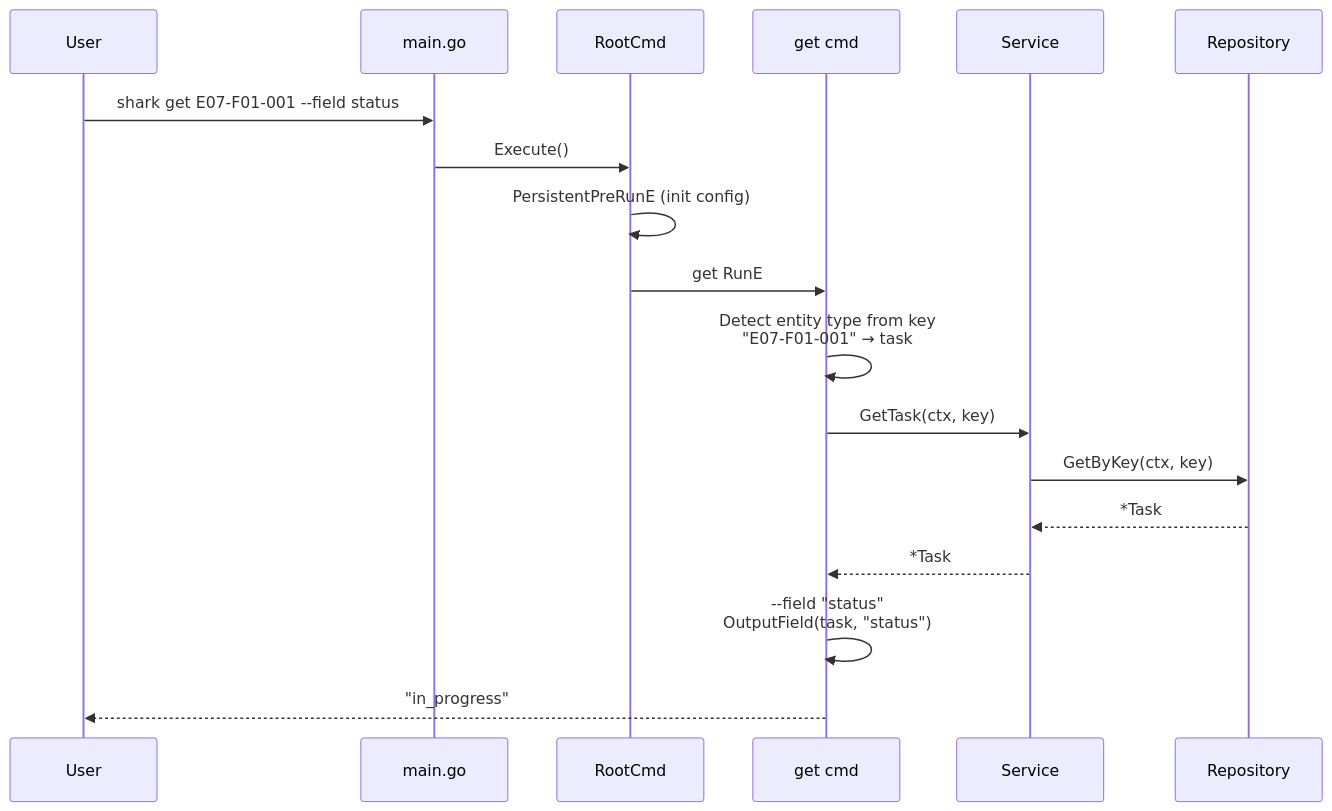
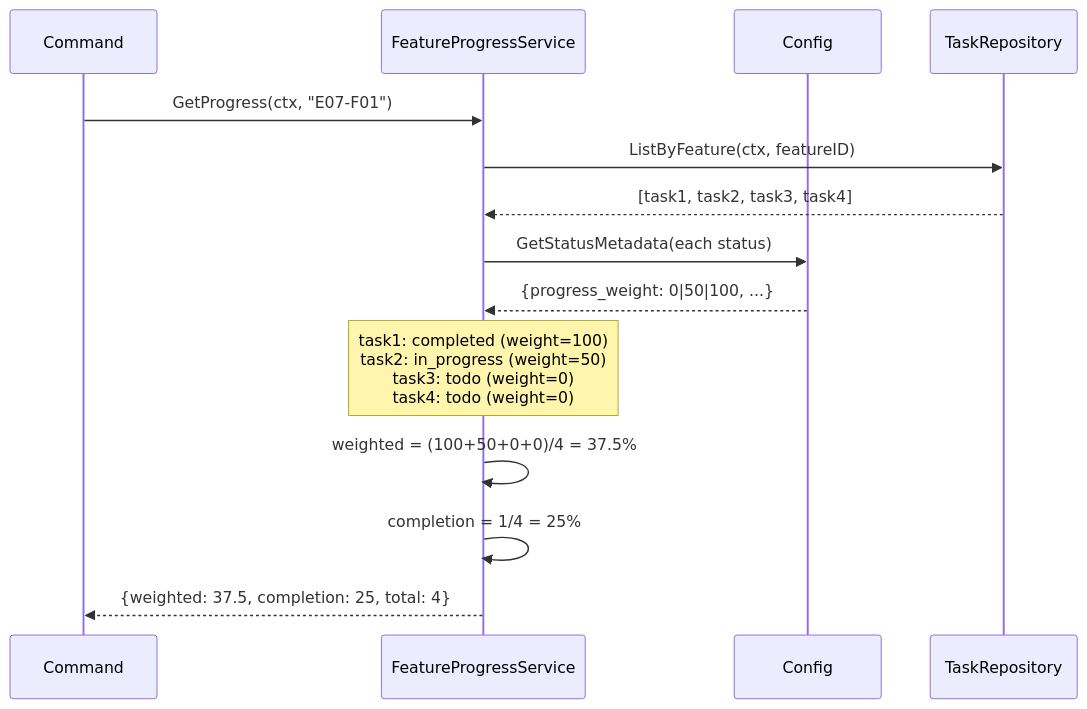
One commit to jwwelbor/shark-task-manager changed the third of 5 diagrams in brownfield-docs/diagrams/behavioral/sequence-diagrams.md. Above: the diagram before and after it, drawn with Mermaid. The commit also changed other lines of this file and 47 other files, not shown here.

````diff
--- a/brownfield-docs/diagrams/behavioral/sequence-diagrams.md
+++ b/brownfield-docs/diagrams/behavioral/sequence-diagrams.md
@@ -81,23 +64,19 @@
 ```mermaid
 sequenceDiagram
-    participant User
-    participant Main as main.go
-    participant Root as RootCmd
-    participant Cmd as get cmd
-    participant Svc as Service
-    participant Repo as Repository
+    participant CMD as Command
+    participant FPS as FeatureProgressService
+    participant CFG as Config
+    participant REPO as TaskRepository
 
-    User->>Main: shark get E07-F01-001 --field status
-    Main->>Root: Execute()
-    Root->>Root: PersistentPreRunE (init config)
-    Root->>Cmd: get RunE
+    CMD->>FPS: GetProgress(ctx, "E07-F01")
+    FPS->>REPO: ListByFeature(ctx, featureID)
+    REPO-->>FPS: [task1, task2, task3, task4]
+    FPS->>CFG: GetStatusMetadata(each status)
+    CFG-->>FPS: {progress_weight: 0|50|100, ...}
 
-    Cmd->>Cmd: Detect entity type from key<br/>"E07-F01-001" → task
-    Cmd->>Svc: GetTask(ctx, key)
-    Svc->>Repo: GetByKey(ctx, key)
-    Repo-->>Svc: *Task
-    Svc-->>Cmd: *Task
+    Note over FPS: task1: completed (weight=100)<br/>task2: in_progress (weight=50)<br/>task3: todo (weight=0)<br/>task4: todo (weight=0)
 
-    Cmd->>Cmd: --field "status"<br/>OutputField(task, "status")
-    Cmd-->>User: "in_progress"
+    FPS->>FPS: weighted = (100+50+0+0)/4 = 37.5%
+    FPS->>FPS: completion = 1/4 = 25%
+    FPS-->>CMD: {weighted: 37.5, completion: 25, total: 4}
 ```
````
